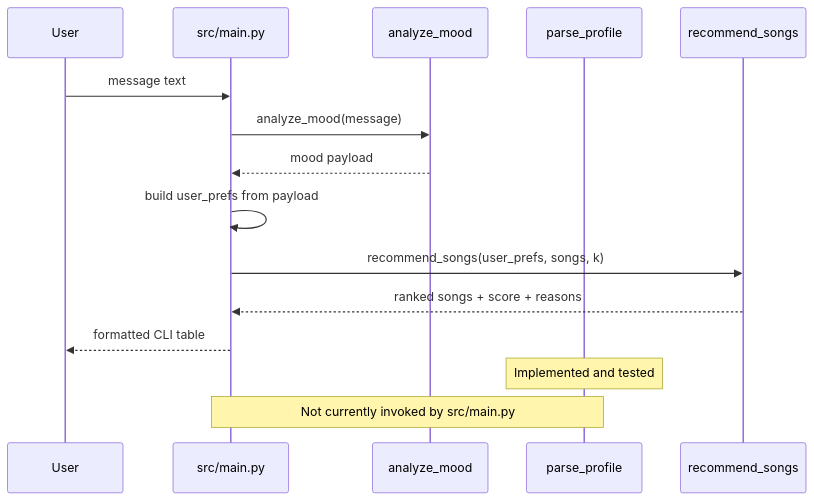
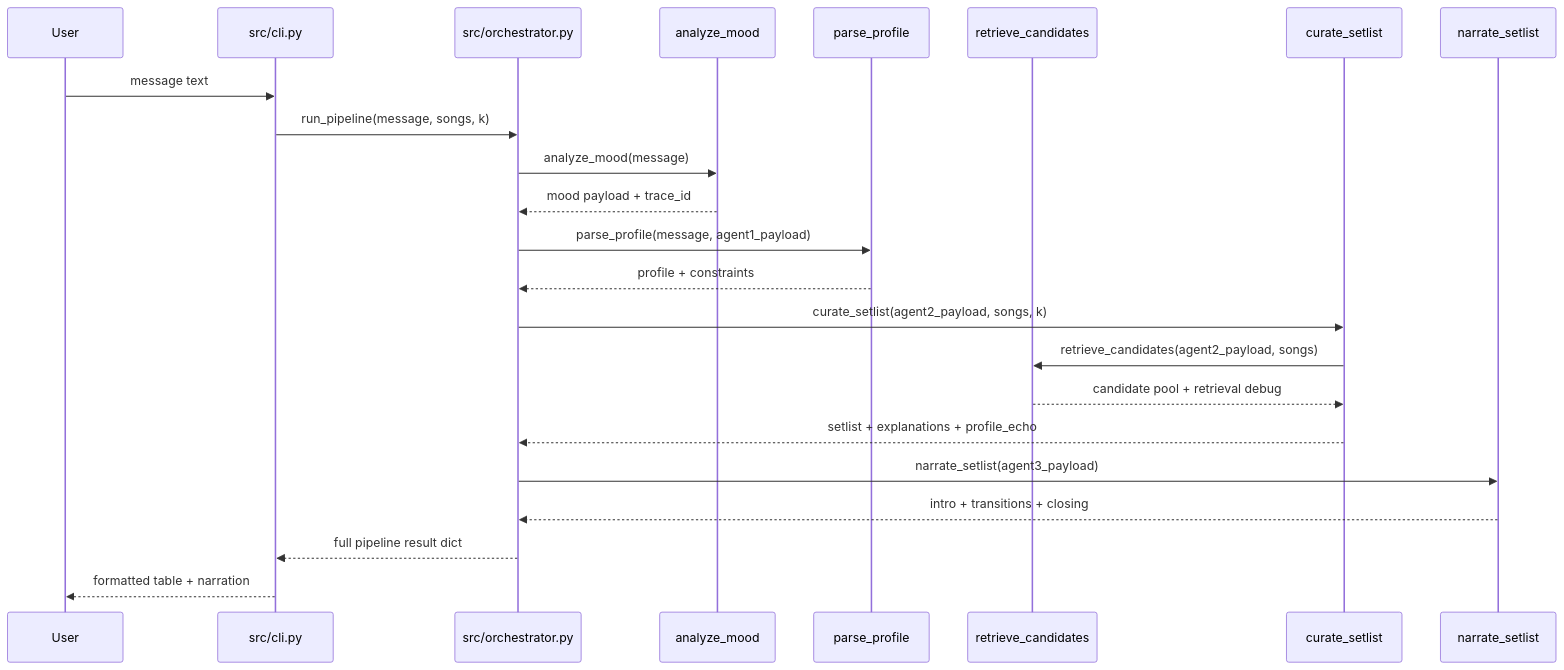
Before and after one commit to Davii-Ng/final-applied-AI-project: the third of 3 diagrams in docs/implementation_guide.md, drawn with Mermaid. The commit also changed other lines of this file and 17 other files, not shown here.

````diff
--- a/docs/implementation_guide.md
+++ b/docs/implementation_guide.md
@@ -193,19 +202,26 @@
 ```mermaid
 sequenceDiagram
   participant User
-  participant Main as src/main.py
+  participant CLI as src/cli.py
+  participant Orch as src/orchestrator.py
   participant Agent1 as analyze_mood
   participant Agent2 as parse_profile
-  participant Rec as recommend_songs
+  participant Ret as retrieve_candidates
+  participant Agent3 as curate_setlist
+  participant Agent4 as narrate_setlist
 
-  User->>Main: message text
-  Main->>Agent1: analyze_mood(message)
-  Agent1-->>Main: mood payload
-  Main->>Main: build user_prefs from payload
-  Main->>Rec: recommend_songs(user_prefs, songs, k)
-  Rec-->>Main: ranked songs + score + reasons
-  Main-->>User: formatted CLI table
-
-  Note over Agent2: Implemented and tested
-  Note over Main,Agent2: Not currently invoked by src/main.py
+  User->>CLI: message text
+  CLI->>Orch: run_pipeline(message, songs, k)
+  Orch->>Agent1: analyze_mood(message)
+  Agent1-->>Orch: mood payload + trace_id
+  Orch->>Agent2: parse_profile(message, agent1_payload)
+  Agent2-->>Orch: profile + constraints
+  Orch->>Agent3: curate_setlist(agent2_payload, songs, k)
+  Agent3->>Ret: retrieve_candidates(agent2_payload, songs)
+  Ret-->>Agent3: candidate pool + retrieval debug
+  Agent3-->>Orch: setlist + explanations + profile_echo
+  Orch->>Agent4: narrate_setlist(agent3_payload)
+  Agent4-->>Orch: intro + transitions + closing
+  Orch-->>CLI: full pipeline result dict
+  CLI-->>User: formatted table + narration
 ```
````
